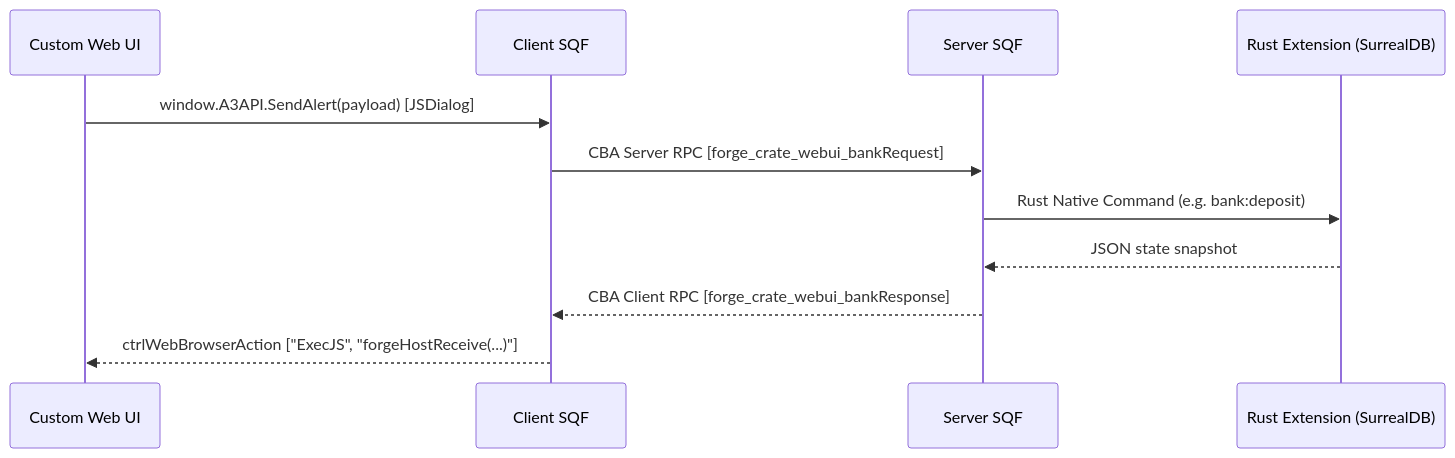
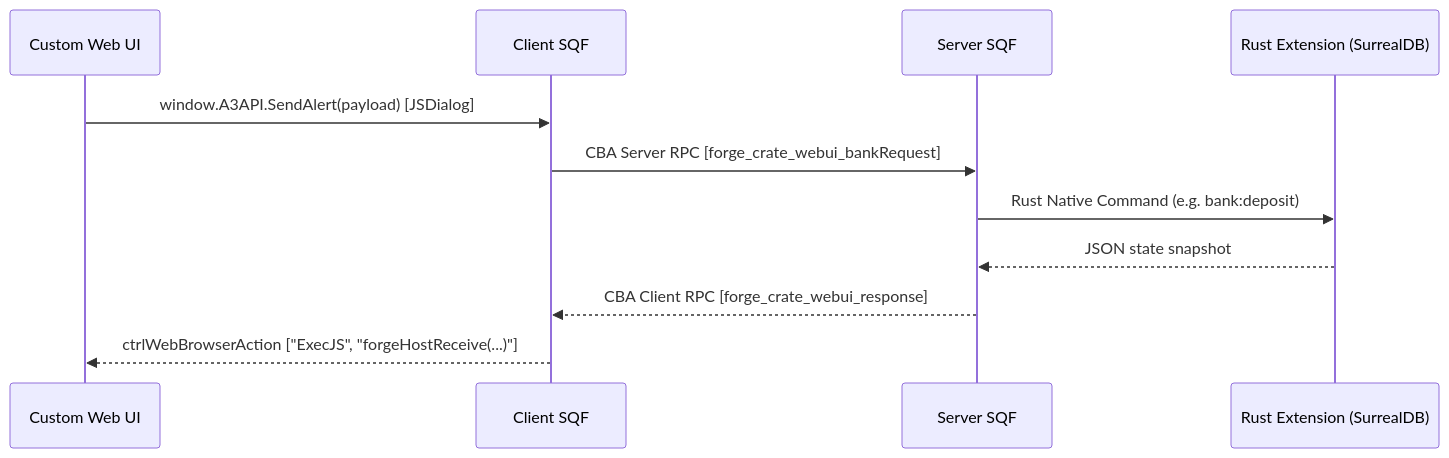
The first of 2 diagrams in docs/custom-ui-extensibility.md (jschmidt92/crate), drawn with Mermaid before and after one commit. The commit also changed other lines of this file and 3 other files, not shown here.

Commit message:
refactor(webui): rename webui_bankResponse to webui_response for a unified transport event

````diff
--- a/docs/custom-ui-extensibility.md
+++ b/docs/custom-ui-extensibility.md
@@ -17,14 +17,14 @@
 ```mermaid
 sequenceDiagram
     participant JS as Custom Web UI
     participant C_SQF as Client SQF
     participant S_SQF as Server SQF
     participant Rust as Rust Extension (SurrealDB)
 
     JS->>C_SQF: window.A3API.SendAlert(payload) [JSDialog]
     C_SQF->>S_SQF: CBA Server RPC [forge_crate_webui_bankRequest]
     S_SQF->>Rust: Rust Native Command (e.g. bank:deposit)
     Rust-->>S_SQF: JSON state snapshot
-    S_SQF-->>C_SQF: CBA Client RPC [forge_crate_webui_bankResponse]
+    S_SQF-->>C_SQF: CBA Client RPC [forge_crate_webui_response]
     C_SQF-->>JS: ctrlWebBrowserAction ["ExecJS", "forgeHostReceive(...)"]
 ```
````
